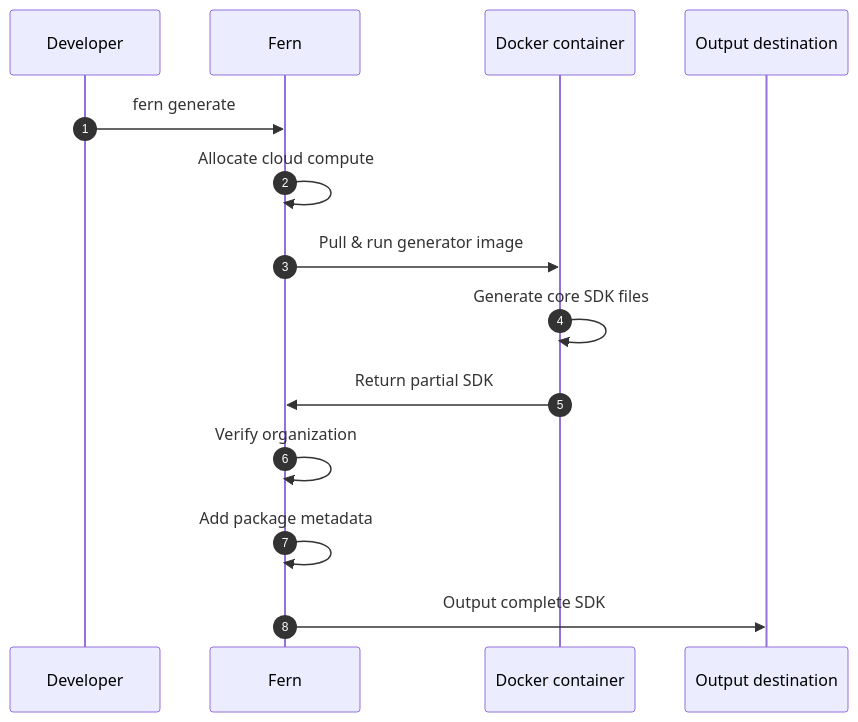
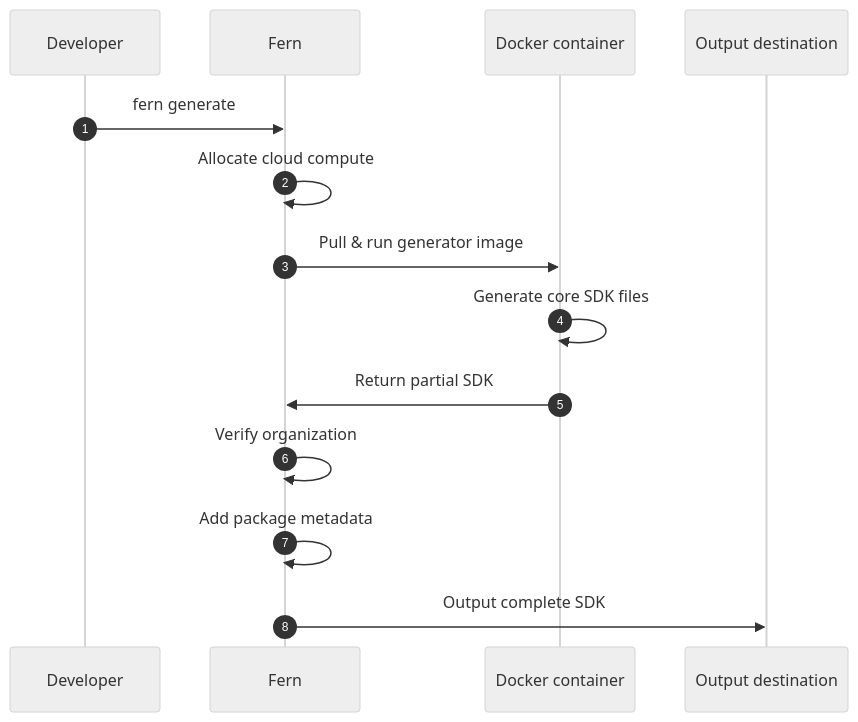
The diagram in fern/products/sdks/how-it-works.mdx (fern-api/docs), drawn with Mermaid before and after one commit.

Commit message:
Fix dark mode contrast in Cloud generation sequence diagram

````diff
--- a/fern/products/sdks/how-it-works.mdx
+++ b/fern/products/sdks/how-it-works.mdx
@@ -38,17 +38,18 @@
 ```mermaid
+%%{init: {'theme': 'neutral'}}%%
 sequenceDiagram
     autonumber
     participant Dev as Developer
     participant Fern as Fern
     participant Docker as Docker container
     participant Dest as Output destination
 
     Dev->>Fern: fern generate
     Fern->>Fern: Allocate cloud compute
     Fern->>Docker: Pull & run generator image
     Docker->>Docker: Generate core SDK files
     Docker->>Fern: Return partial SDK
     Fern->>Fern: Verify organization
     Fern->>Fern: Add package metadata
     Fern->>Dest: Output complete SDK
 ```
````
